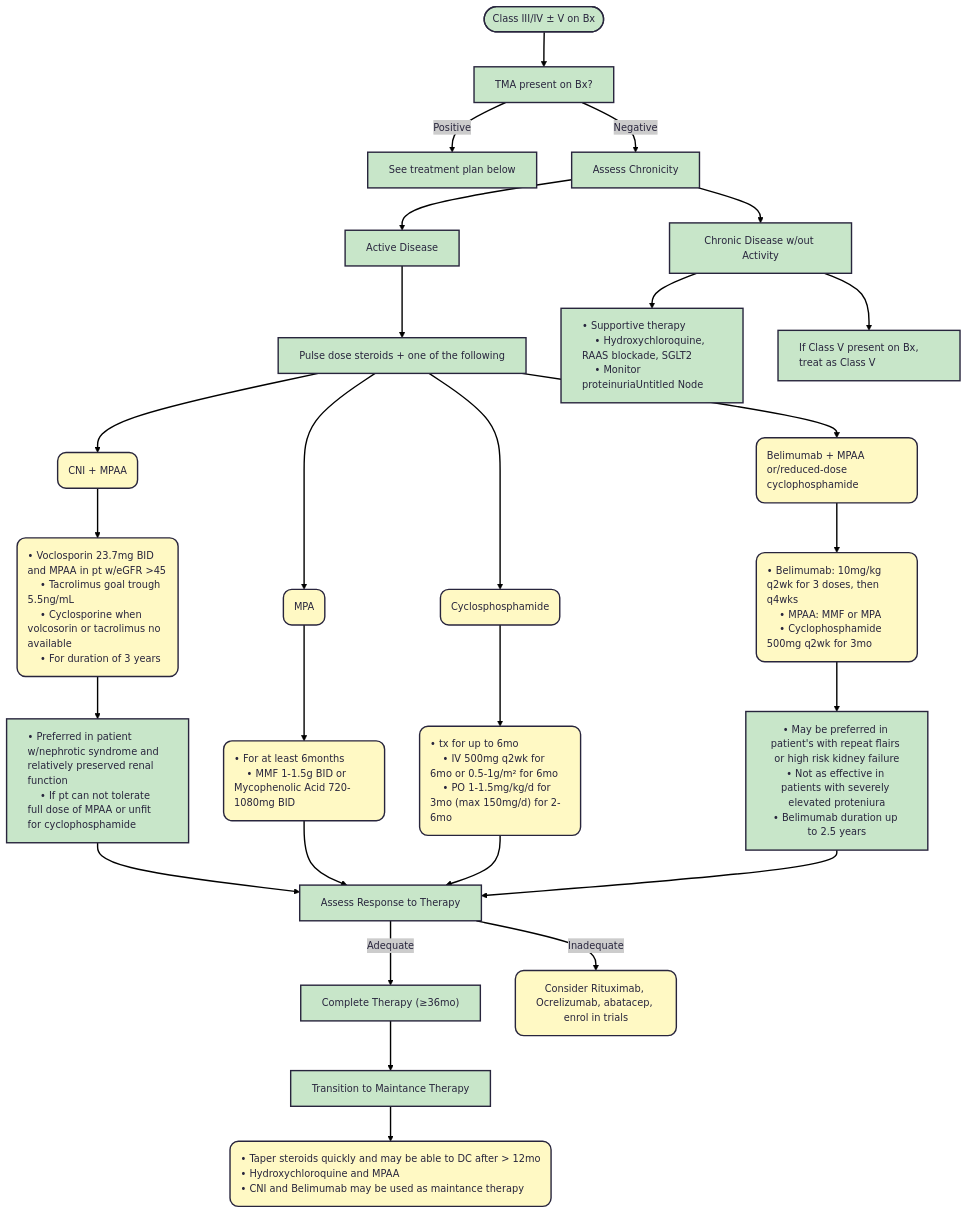
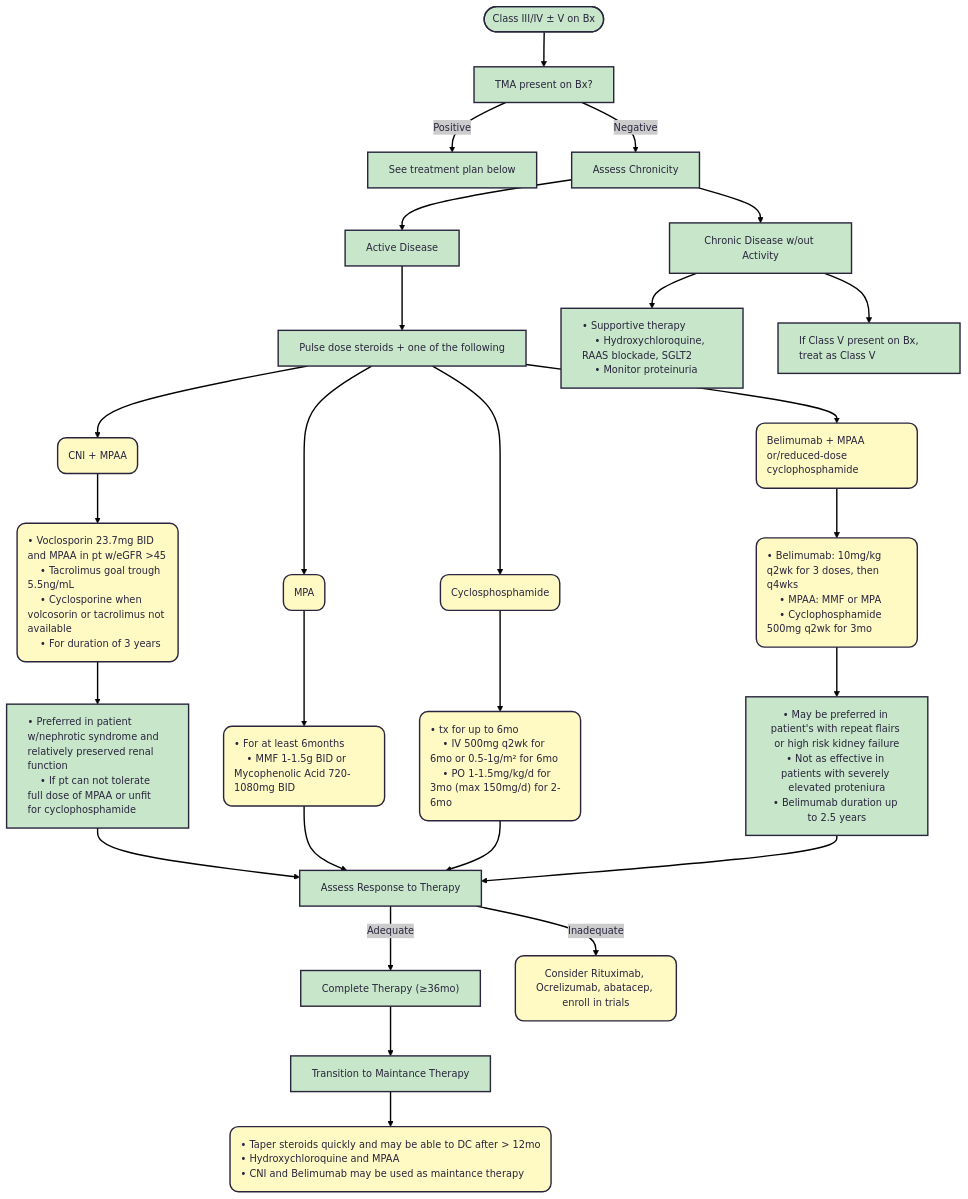
One commit to TTUNEPH2025/GN changed the second of 4 diagrams in docs/Lupus.md. Above: the diagram before and after it, drawn with Mermaid. The commit also changed other lines of this file, not shown here.

````diff
--- a/docs/Lupus.md
+++ b/docs/Lupus.md
@@ -120,75 +120,75 @@
 ```mermaid
 ---
 config:
   theme: redux
 ---
 flowchart TB
     A(["Class III/IV ± V on Bx"]) --> n1["TMA present on Bx?"]
     n1 -- Positive --> n2["See treatment plan below"]
     n1 -- Negative --> n3["Assess Chronicity"]
     n3 --> n4["Active Disease"] & n5["Chronic Disease w/out Activity"]
     n4 --> n6["Pulse dose steroids + one of the following"]
     n5 --> n7["• Supportive therapy 
     • Hydroxychloroquine, RAAS blockade, SGLT2
-    • Monitor proteinuriaUntitled Node"] & n8["If Class V present on Bx, treat as Class V"]
+    • Monitor proteinuria"] & n8["If Class V present on Bx, treat as Class V"]
     n6 --> n9["CNI + MPAA"] & n10["MPA"] & n11["Cyclosphosphamide"] & n12["Belimumab + MPAA or/reduced-dose cyclophosphamide"]
     n9 --> n13["• Voclosporin 23.7mg BID and MPAA in pt w/eGFR &gt;45
     • Tacrolimus goal trough 5.5ng/mL 
-    • Cyclosporine when volcosorin or tacrolimus no available
+    • Cyclosporine when volcosorin or tacrolimus not available
     • For duration of 3 years"]
     n10 --> n14["• For at least 6months
     • MMF 1-1.5g BID or Mycophenolic Acid 720-1080mg BID"]
     n11 --> n15["• tx for up to 6mo
     • IV 500mg q2wk for 6mo or 0.5-1g/m² for 6mo
     • PO 1-1.5mg/kg/d for 3mo (max 150mg/d) for 2-6mo"]
     n12 --> n16["• Belimumab: 10mg/kg q2wk for 3 doses, then q4wks
     • MPAA: MMF or MPA
     • Cyclophosphamide 500mg q2wk for 3mo"]
     n13 --> n17["• Preferred in patient w/nephrotic syndrome and relatively preserved renal function
     • If pt can not tolerate full dose of MPAA or unfit for cyclophosphamide"]
     n16 --> n18@{ label: "• May be preferred in patient's with repeat flairs or high risk kidney failure\n    • Not as effective in patients with severely elevated proteniura<br/>• Belimumab duration up to 2.5 years" }
     n17 --> n19["Assess Response to Therapy"]
     n14 --> n19
     n15 --> n19
     n18 --> n19
     n19 -- Adequate --> n20["Complete Therapy (≥36mo)"]
-    n19 -- Inadequate --> n21["Consider Rituximab, Ocrelizumab, abatacep, enrol in trials"]
+    n19 -- Inadequate --> n21["Consider Rituximab, Ocrelizumab, abatacep, enroll in trials"]
     n20 --> n22["Transition to Maintance Therapy"]
     n22 --> n23["• Taper steroids quickly and may be able to DC after > 12mo
     • Hydroxychloroquine and MPAA
     • CNI and Belimumab may be used as maintance therapy"]
     n9@{ shape: rounded}
     n10@{ shape: rounded}
     n11@{ shape: rounded}
     n12@{ shape: rounded}
     n13@{ shape: rounded}
     n14@{ shape: rounded}
     n15@{ shape: rounded}
     n16@{ shape: rounded}
     n21@{ shape: rounded}
     n23@{ shape: rounded}
     style A fill:#C8E6C9
     style n1 fill:#C8E6C9
     style n2 fill:#C8E6C9
     style n3 fill:#C8E6C9
     style n4 fill:#C8E6C9
     style n5 fill:#C8E6C9
     style n6 fill:#C8E6C9,white-space:nowrap
     style n7 fill:#C8E6C9,text-align:left
     style n8 fill:#C8E6C9,text-align:left
     style n9 fill:#FFF9C4,text-align:left
     style n10 fill:#FFF9C4,text-align:left
     style n11 fill:#FFF9C4,text-align:left
     style n12 fill:#FFF9C4,text-align:left
     style n13 fill:#FFF9C4,text-align:left
     style n14 fill:#FFF9C4,text-align:left
     style n15 fill:#FFF9C4,text-align:left
     style n16 fill:#FFF9C4,text-align:left
     style n17 fill:#C8E6C9,text-align:left
     style n18 fill:#C8E6C9
     style n19 fill:#C8E6C9
     style n20 fill:#C8E6C9
     style n21 fill:#FFF9C4
     style n22 fill:#C8E6C9,text-align:left,white-space:nowrap
     style n23 fill:#FFF9C4,text-align:left,white-space:nowrap
 ```
````
